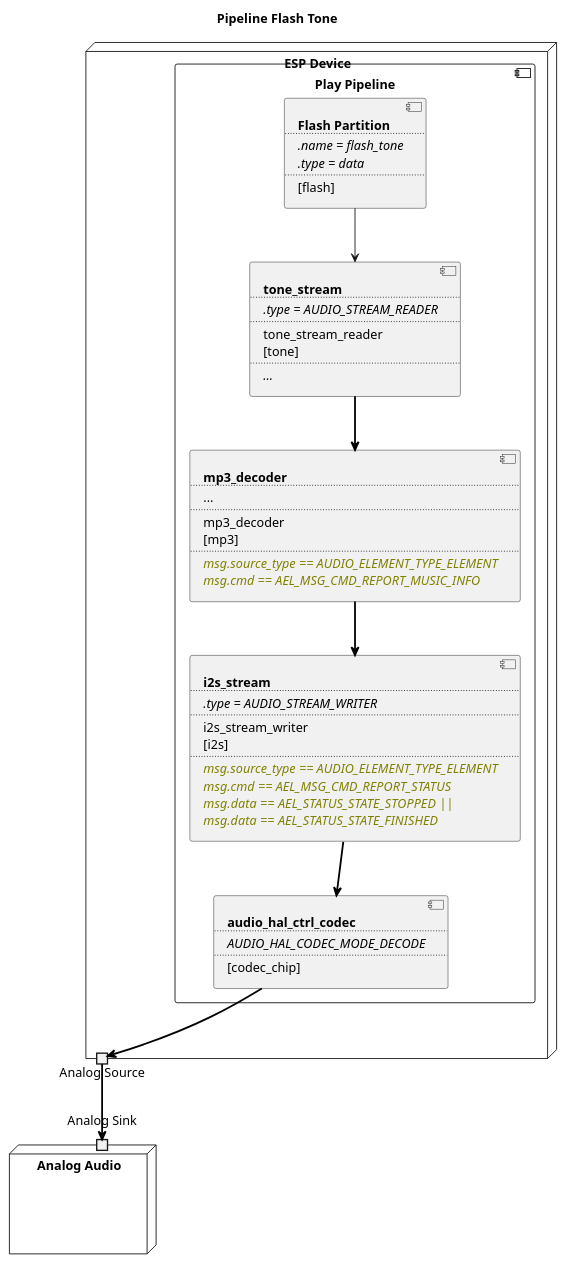
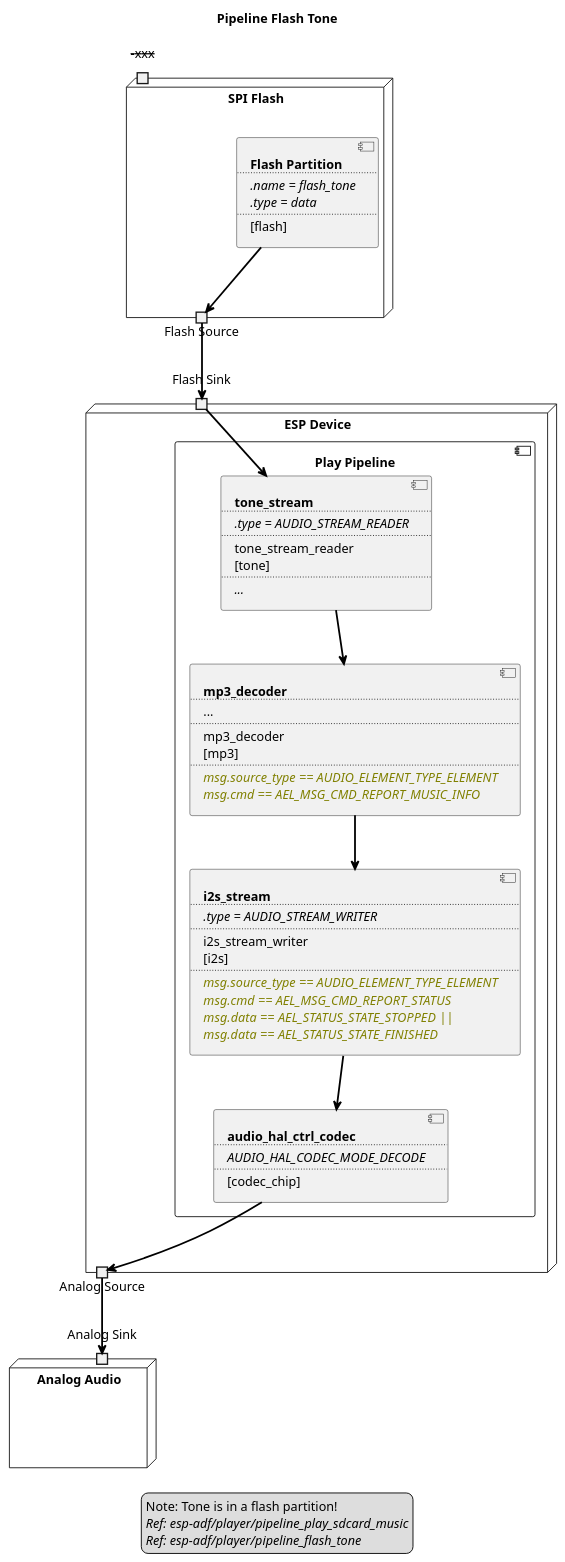
One commit to liang-zhu-zi/open-audio-adapter changed the diagram in examples/esp-adf/player/pipeline_flash_tone/audio-stream-diagram.plantuml. Above: the diagram before and after it, drawn with PlantUML. The commit also changed 6 other files, not shown here.

Commit message:
add audio flow chart

```diff
--- a/examples/esp-adf/player/pipeline_flash_tone/audio-stream-diagram.plantuml
+++ b/examples/esp-adf/player/pipeline_flash_tone/audio-stream-diagram.plantuml
@@ -1,79 +1,97 @@
 @startuml pipeline_flash_tone
 title Pipeline Flash Tone
 allowmixing
 
+legend
+Note: Tone is in a flash partition!
+//Ref: esp-adf/player/pipeline_play_sdcard_music//
+//Ref: esp-adf/player/pipeline_flash_tone//
+end legend
+
+node "SPI Flash" as Flash {
+
+    portin "---xxx--" as nothing
+
+    component FlashTone [
+        <b>Flash Partition
+        ....
+        <i>.name = flash_tone
+        <i>.type = data
+        ....
+        [flash]
+    ]
+
+    portout "Flash Source" as FlashSource
+}
+
 node "ESP Device" as ESPDevice {
 
+    portin "Flash Sink" as FlashSink
+
     component "Play Pipeline" as PlayPipeline {
-
-        component FlashTone [
-            <b>Flash Partition
-            ....
-            <i>.name = flash_tone
-            <i>.type = data
-            ....
-            [flash]
-        ]
 
         component ToneStream [
             <b>tone_stream
             ....
             <i>.type = AUDIO_STREAM_READER
             ....
             tone_stream_reader
             [tone]
             ....
             <i>...
         ]
 
         component Mp3Decoder [
             <b>mp3_decoder
             ....
             ...
             ....
             mp3_decoder
             [mp3]
             ....
             <i><color olive>msg.source_type == AUDIO_ELEMENT_TYPE_ELEMENT
             <i><color olive>msg.cmd == AEL_MSG_CMD_REPORT_MUSIC_INFO
         ]
 
         component I2SStream [
             <b>i2s_stream
             ....
             <i>.type = AUDIO_STREAM_WRITER
             ....
             i2s_stream_writer
             [i2s]
             ....
             <i><color olive>msg.source_type == AUDIO_ELEMENT_TYPE_ELEMENT
             <i><color olive>msg.cmd == AEL_MSG_CMD_REPORT_STATUS
             <i><color olive>msg.data == AEL_STATUS_STATE_STOPPED ||
             <i><color olive>msg.data == AEL_STATUS_STATE_FINISHED
         ]
 
         component HALCodec [
             <b>audio_hal_ctrl_codec
             ....
             <i>AUDIO_HAL_CODEC_MODE_DECODE
             ....
             [codec_chip]
         ]
     }
 
     portout "Analog Source" as AnalogSource
 } 
 
 node "Analog Audio" as AnalogAudio  {
     portin "Analog Sink" as AnalogSink
 }
 
-FlashTone  --> ToneStream
+FlashTone  --> FlashSource      #line:black;line.bold;text:black
+FlashSource --> FlashSink       #line:black;line.bold;text:black
+
+FlashSink  --> ToneStream       #line:black;line.bold;text:black
 ToneStream --> Mp3Decoder       #line:black;line.bold;text:black
 Mp3Decoder --> I2SStream        #line:black;line.bold;text:black
 I2SStream  --> HALCodec         #line:black;line.bold;text:black
 HALCodec   --> AnalogSource     #line:black;line.bold;text:black
 
 AnalogSource --> AnalogSink     #line:black;line.bold;text:black
 
 @enduml
```
